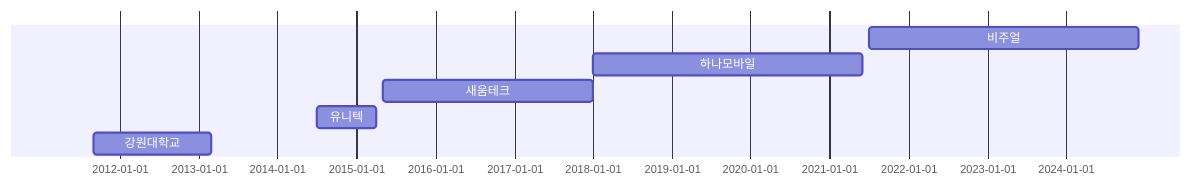
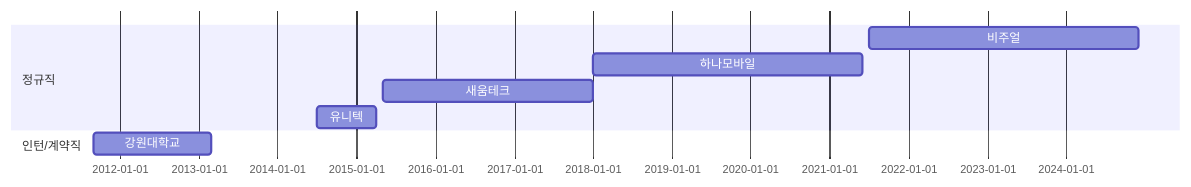
One commit to talq44/resume_portfolio changed the second of 3 diagrams in PORTFOLIO.md. Above: the diagram before and after it, drawn with Mermaid. The commit also changed other lines of this file and 1 other file, not shown here.

````diff
--- a/PORTFOLIO.md
+++ b/PORTFOLIO.md
@@ -51,9 +49,11 @@
 ``` mermaid
 gantt
   dateFormat  YYYY-MM
+  section 정규직
   비주얼 :i3, 2021-07, 2024-12
   하나모바일 :i2, 2018-01, 2021-06
   새움테크 :i1, 2015-05, 2018-01
   유니텍 : c1, 2014-07, 2015-04
+  section 인턴/계약직
   강원대학교 :a2, 2011-09, 2013-03
 ```
````
